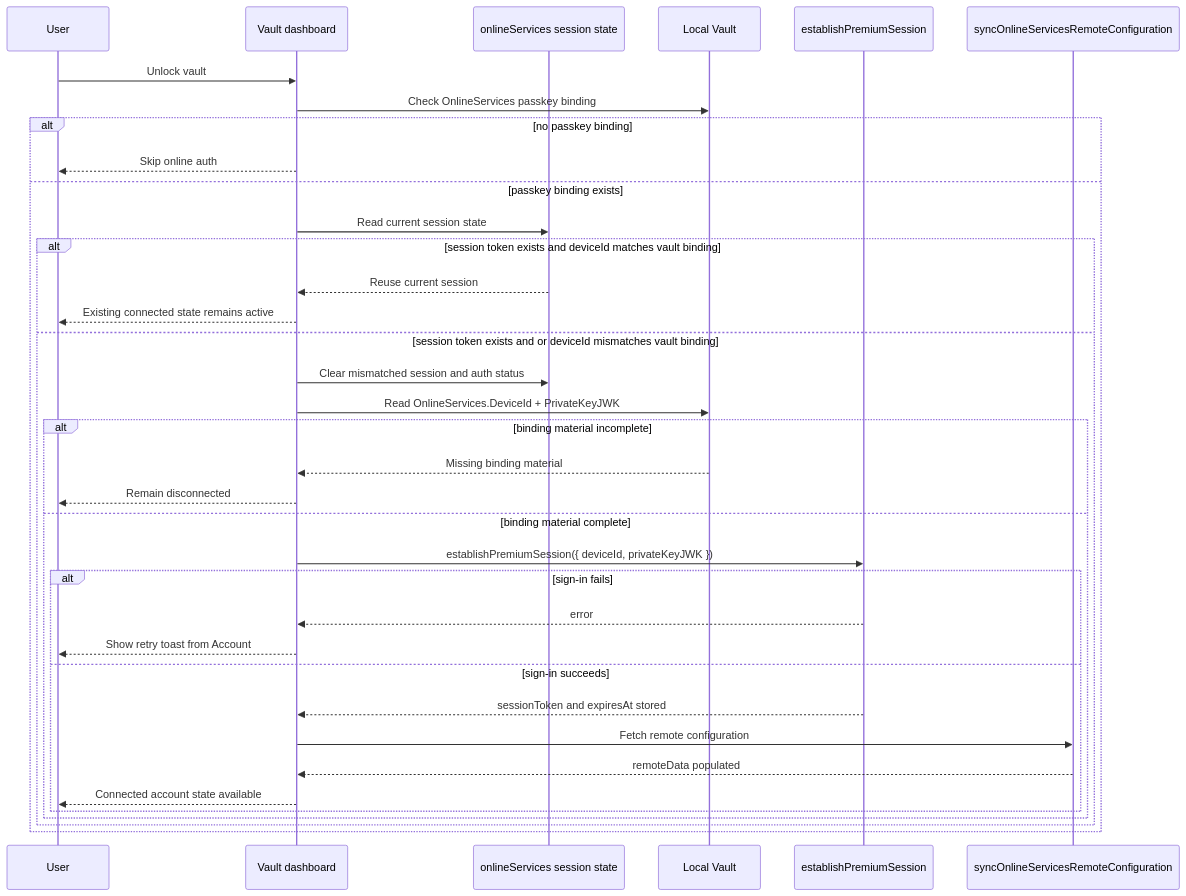
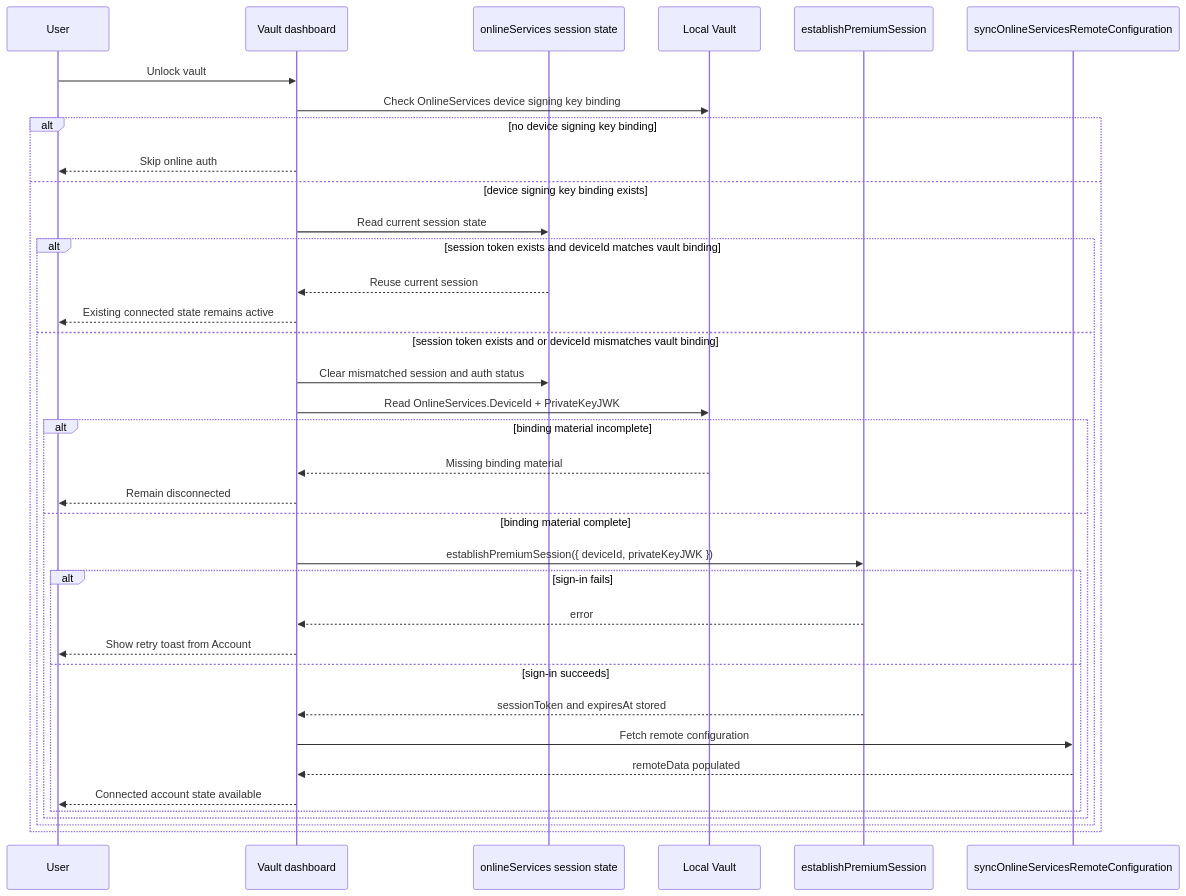
The eighth of 9 diagrams in web/docs/authentication.md (CryptexIndustries/vault-web), drawn with Mermaid before and after one commit. The commit also changed other lines of this file and 26 other files, not shown here.

Commit message:
refactor: replace passkey terminology with device signing key across documentation and codebase

````diff
--- a/web/docs/authentication.md
+++ b/web/docs/authentication.md
@@ -881,39 +881,39 @@
 ```mermaid
 sequenceDiagram
     participant user as User
     participant vault_dashboard as Vault dashboard
     participant session_state as onlineServices session state
     participant local_vault as Local Vault
     participant auth_session as establishPremiumSession
     participant configuration_sync as syncOnlineServicesRemoteConfiguration
 
     user->>vault_dashboard: Unlock vault
-    vault_dashboard->>local_vault: Check OnlineServices passkey binding
-    alt no passkey binding
+    vault_dashboard->>local_vault: Check OnlineServices device signing key binding
+    alt no device signing key binding
         vault_dashboard-->>user: Skip online auth
-    else passkey binding exists
+    else device signing key binding exists
         vault_dashboard->>session_state: Read current session state
         alt session token exists and deviceId matches vault binding
             session_state-->>vault_dashboard: Reuse current session
             vault_dashboard-->>user: Existing connected state remains active
         else session token exists and or deviceId mismatches vault binding
             vault_dashboard->>session_state: Clear mismatched session and auth status
             vault_dashboard->>local_vault: Read OnlineServices.DeviceId + PrivateKeyJWK
             alt binding material incomplete
                 local_vault-->>vault_dashboard: Missing binding material
                 vault_dashboard-->>user: Remain disconnected
             else binding material complete
                 vault_dashboard->>auth_session: establishPremiumSession({ deviceId, privateKeyJWK })
                 alt sign-in fails
                     auth_session-->>vault_dashboard: error
                     vault_dashboard-->>user: Show retry toast from Account
                 else sign-in succeeds
                     auth_session-->>vault_dashboard: sessionToken and expiresAt stored
                     vault_dashboard->>configuration_sync: Fetch remote configuration
                     configuration_sync-->>vault_dashboard: remoteData populated
                     vault_dashboard-->>user: Connected account state available
                 end
             end
         end
     end
 ```
````
